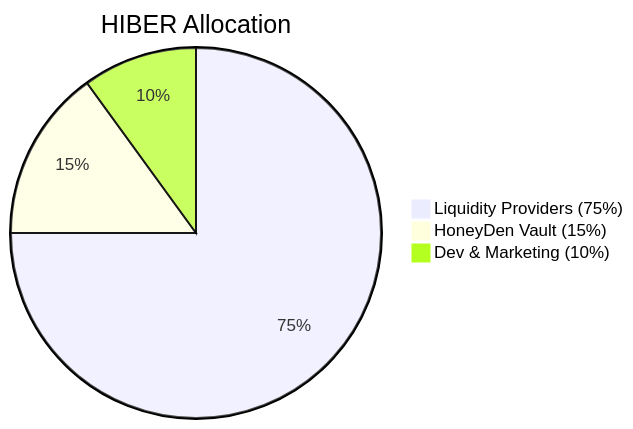
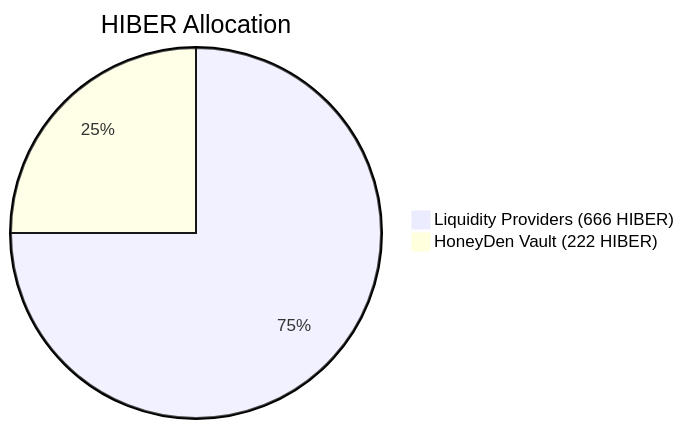
Before and after one commit to hiber-fi/launching: the first of 3 diagrams in README.md, drawn with Mermaid. The commit also changed other lines of this file, not shown here.

````diff
--- a/README.md
+++ b/README.md
@@ -37,7 +36,6 @@
 ```mermaid
 pie
     title HIBER Allocation
-    "Liquidity Providers (75%)": 75
-    "HoneyDen Vault (15%)": 15
-    "Dev & Marketing (10%)": 10
+    "Liquidity Providers (666 HIBER)": 75
+    "HoneyDen Vault (222 HIBER)": 25
 ```
````
